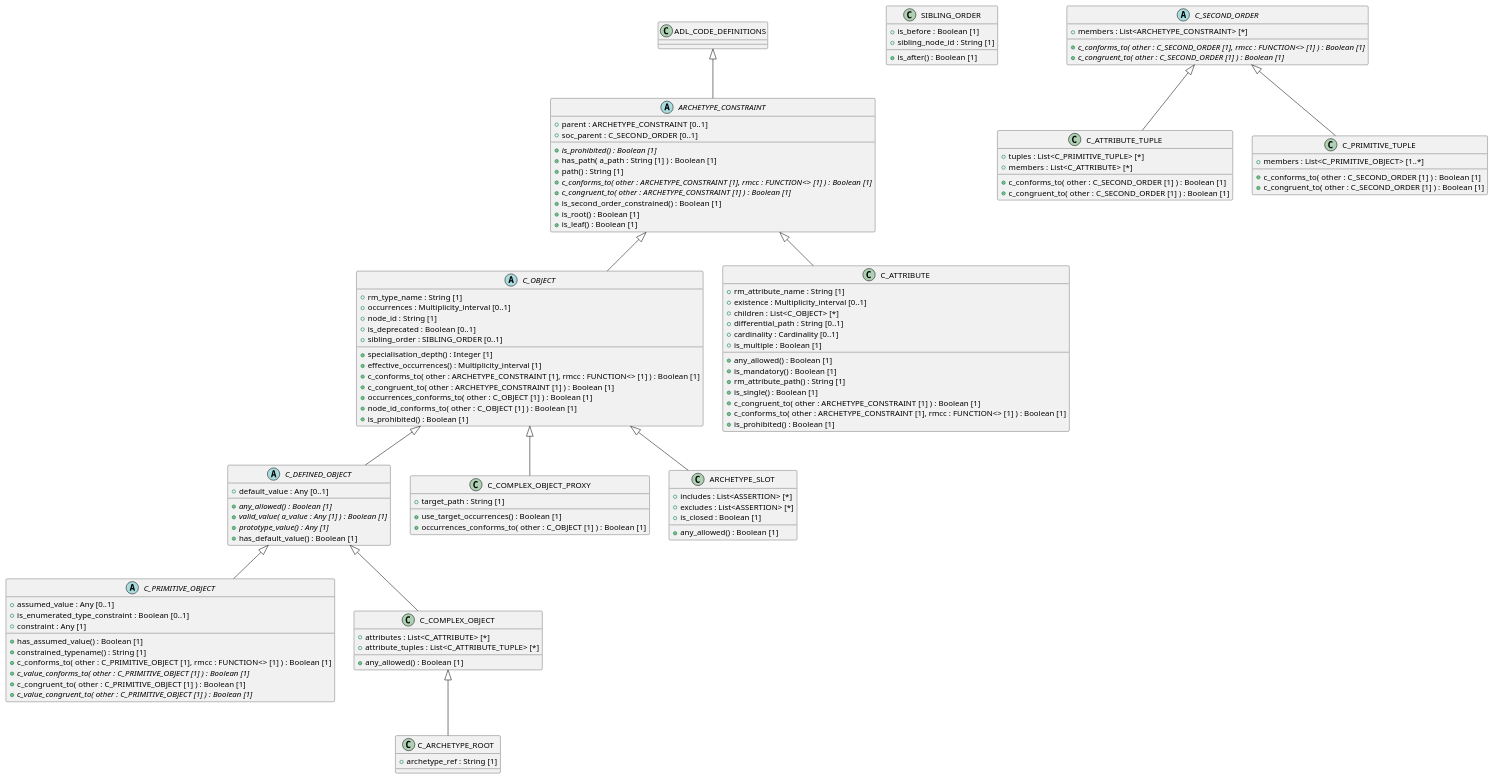
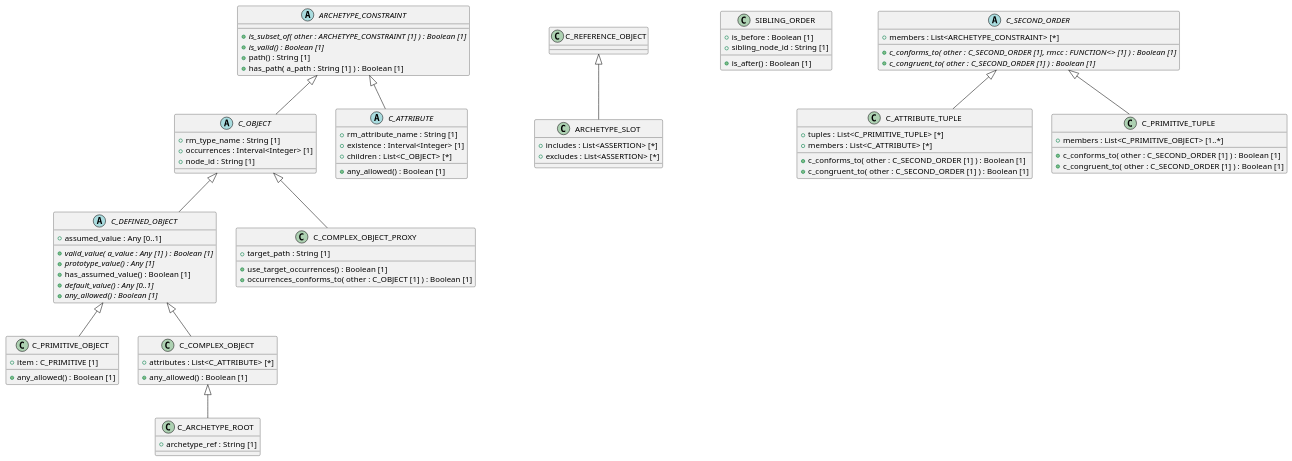
Before and after one commit to sebastian-iancu/code-generator: the diagram in code/Adoc/openehr_am_2.2.0/plantUML/packages/org.openehr.am.aom2.constraint_model.adoc, drawn with PlantUML. The commit also changed 1228 other files, not shown here.

```diff
--- a/code/Adoc/openehr_am_2.2.0/plantUML/packages/org.openehr.am.aom2.constraint_model.adoc
+++ b/code/Adoc/openehr_am_2.2.0/plantUML/packages/org.openehr.am.aom2.constraint_model.adoc
@@ -3,55 +3,32 @@
 @startuml
 
 abstract class ARCHETYPE_CONSTRAINT {
-  + parent : ARCHETYPE_CONSTRAINT [0..1]
-  + soc_parent : C_SECOND_ORDER [0..1]
-  + {abstract} is_prohibited() : Boolean [1]
+  + {abstract} is_subset_of( other : ARCHETYPE_CONSTRAINT [1] ) : Boolean [1]
+  + {abstract} is_valid() : Boolean [1]
+  + path() : String [1]
   + has_path( a_path : String [1] ) : Boolean [1]
-  + path() : String [1]
-  + {abstract} c_conforms_to( other : ARCHETYPE_CONSTRAINT [1], rmcc : FUNCTION<> [1] ) : Boolean [1]
-  + {abstract} c_congruent_to( other : ARCHETYPE_CONSTRAINT [1] ) : Boolean [1]
-  + is_second_order_constrained() : Boolean [1]
-  + is_root() : Boolean [1]
-  + is_leaf() : Boolean [1]
 }
 
 abstract class C_OBJECT {
   + rm_type_name : String [1]
-  + occurrences : Multiplicity_interval [0..1]
+  + occurrences : Interval<Integer> [1]
   + node_id : String [1]
-  + is_deprecated : Boolean [0..1]
-  + sibling_order : SIBLING_ORDER [0..1]
-  + specialisation_depth() : Integer [1]
-  + effective_occurrences() : Multiplicity_interval [1]
-  + c_conforms_to( other : ARCHETYPE_CONSTRAINT [1], rmcc : FUNCTION<> [1] ) : Boolean [1]
-  + c_congruent_to( other : ARCHETYPE_CONSTRAINT [1] ) : Boolean [1]
-  + occurrences_conforms_to( other : C_OBJECT [1] ) : Boolean [1]
-  + node_id_conforms_to( other : C_OBJECT [1] ) : Boolean [1]
-  + is_prohibited() : Boolean [1]
 }
 
-class C_ATTRIBUTE {
+abstract class C_ATTRIBUTE {
   + rm_attribute_name : String [1]
-  + existence : Multiplicity_interval [0..1]
+  + existence : Interval<Integer> [1]
   + children : List<C_OBJECT> [*]
-  + differential_path : String [0..1]
-  + cardinality : Cardinality [0..1]
-  + is_multiple : Boolean [1]
   + any_allowed() : Boolean [1]
-  + is_mandatory() : Boolean [1]
-  + rm_attribute_path() : String [1]
-  + is_single() : Boolean [1]
-  + c_congruent_to( other : ARCHETYPE_CONSTRAINT [1] ) : Boolean [1]
-  + c_conforms_to( other : ARCHETYPE_CONSTRAINT [1], rmcc : FUNCTION<> [1] ) : Boolean [1]
-  + is_prohibited() : Boolean [1]
 }
 
 abstract class C_DEFINED_OBJECT {
-  + default_value : Any [0..1]
-  + {abstract} any_allowed() : Boolean [1]
+  + assumed_value : Any [0..1]
   + {abstract} valid_value( a_value : Any [1] ) : Boolean [1]
   + {abstract} prototype_value() : Any [1]
-  + has_default_value() : Boolean [1]
+  + has_assumed_value() : Boolean [1]
+  + {abstract} default_value() : Any [0..1]
+  + {abstract} any_allowed() : Boolean [1]
 }
 
 class C_COMPLEX_OBJECT_PROXY {
@@ -63,20 +40,11 @@
 class ARCHETYPE_SLOT {
   + includes : List<ASSERTION> [*]
   + excludes : List<ASSERTION> [*]
-  + is_closed : Boolean [1]
-  + any_allowed() : Boolean [1]
 }
 
-abstract class C_PRIMITIVE_OBJECT {
-  + assumed_value : Any [0..1]
-  + is_enumerated_type_constraint : Boolean [0..1]
-  + constraint : Any [1]
-  + has_assumed_value() : Boolean [1]
-  + constrained_typename() : String [1]
-  + c_conforms_to( other : C_PRIMITIVE_OBJECT [1], rmcc : FUNCTION<> [1] ) : Boolean [1]
-  + {abstract} c_value_conforms_to( other : C_PRIMITIVE_OBJECT [1] ) : Boolean [1]
-  + c_congruent_to( other : C_PRIMITIVE_OBJECT [1] ) : Boolean [1]
-  + {abstract} c_value_congruent_to( other : C_PRIMITIVE_OBJECT [1] ) : Boolean [1]
+class C_PRIMITIVE_OBJECT {
+  + item : C_PRIMITIVE [1]
+  + any_allowed() : Boolean [1]
 }
 
 class SIBLING_ORDER {
@@ -110,16 +78,14 @@
 
 class C_COMPLEX_OBJECT {
   + attributes : List<C_ATTRIBUTE> [*]
-  + attribute_tuples : List<C_ATTRIBUTE_TUPLE> [*]
   + any_allowed() : Boolean [1]
 }
 
-ADL_CODE_DEFINITIONS <|-- ARCHETYPE_CONSTRAINT
 ARCHETYPE_CONSTRAINT <|-- C_OBJECT
 ARCHETYPE_CONSTRAINT <|-- C_ATTRIBUTE
 C_OBJECT <|-- C_DEFINED_OBJECT
 C_OBJECT <|-- C_COMPLEX_OBJECT_PROXY
-C_OBJECT <|-- ARCHETYPE_SLOT
+C_REFERENCE_OBJECT <|-- ARCHETYPE_SLOT
 C_DEFINED_OBJECT <|-- C_PRIMITIVE_OBJECT
 C_SECOND_ORDER <|-- C_ATTRIBUTE_TUPLE
 C_SECOND_ORDER <|-- C_PRIMITIVE_TUPLE
```
